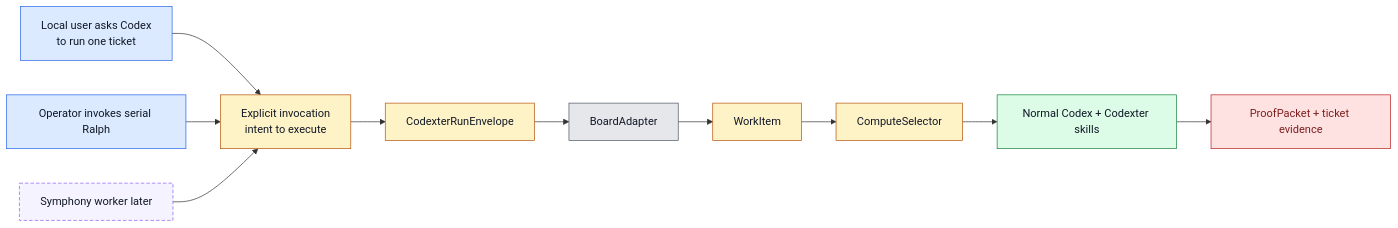
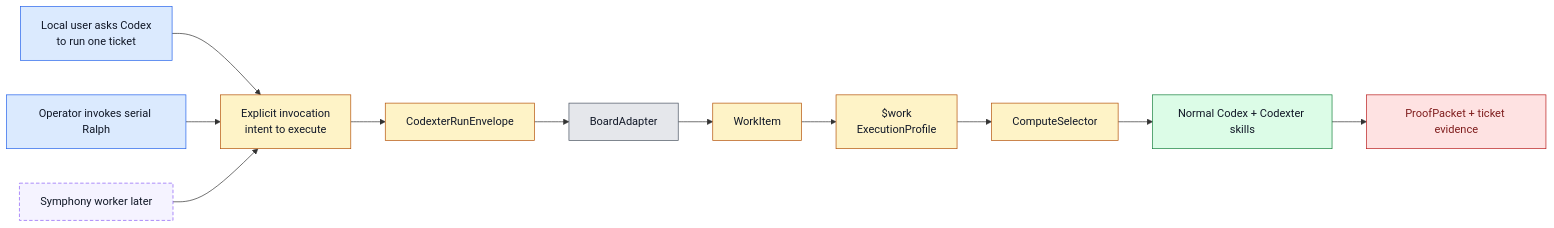
The first of 4 diagrams in docs/specs/board-compute-orchestration.md (ZanarkandTechnologies/Farplane), drawn with Mermaid before and after one commit. The commit also changed other lines of this file and 44 other files, not shown here.

````diff
--- a/docs/specs/board-compute-orchestration.md
+++ b/docs/specs/board-compute-orchestration.md
@@ -103,19 +107,20 @@
 ```mermaid
 flowchart LR
   classDef local fill:#dbeafe,stroke:#2563eb,color:#111827
   classDef board fill:#e5e7eb,stroke:#4b5563,color:#111827
   classDef policy fill:#fef3c7,stroke:#b45309,color:#111827
   classDef compute fill:#dcfce7,stroke:#15803d,color:#111827
   classDef proof fill:#fee2e2,stroke:#b91c1c,color:#7f1d1d
   classDef future fill:#f5f3ff,stroke:#8b5cf6,color:#111827,stroke-dasharray: 5 3
 
   User["Local user asks Codex<br/>to run one ticket"]:::local --> Invoke["Explicit invocation<br/>intent to execute"]:::policy
   Ralph["Operator invokes serial Ralph"]:::local --> Invoke
   Symphony["Symphony worker later"]:::future --> Invoke
   Invoke --> Envelope["CodexterRunEnvelope"]:::policy
   Envelope --> Adapter["BoardAdapter"]:::board
   Adapter --> Item["WorkItem"]:::policy
-  Item --> Selector["ComputeSelector"]:::policy
+  Item --> Work["$work<br/>ExecutionProfile"]:::policy
+  Work --> Selector["ComputeSelector"]:::policy
   Selector --> Codex["Normal Codex + Codexter skills"]:::compute
   Codex --> Proof["ProofPacket + ticket evidence"]:::proof
 ```
````
